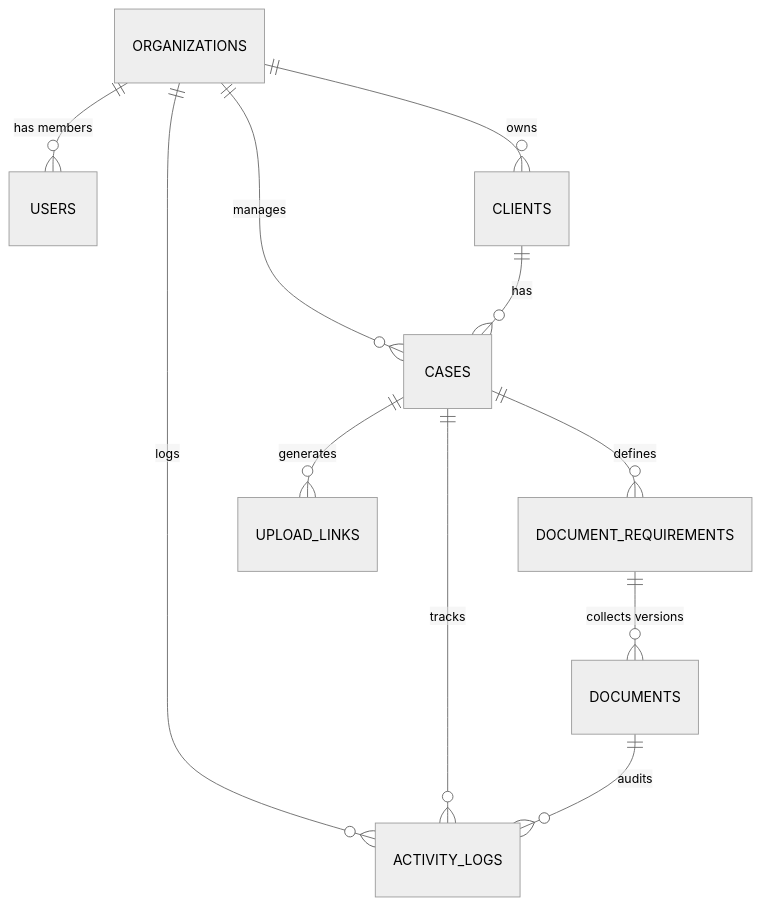
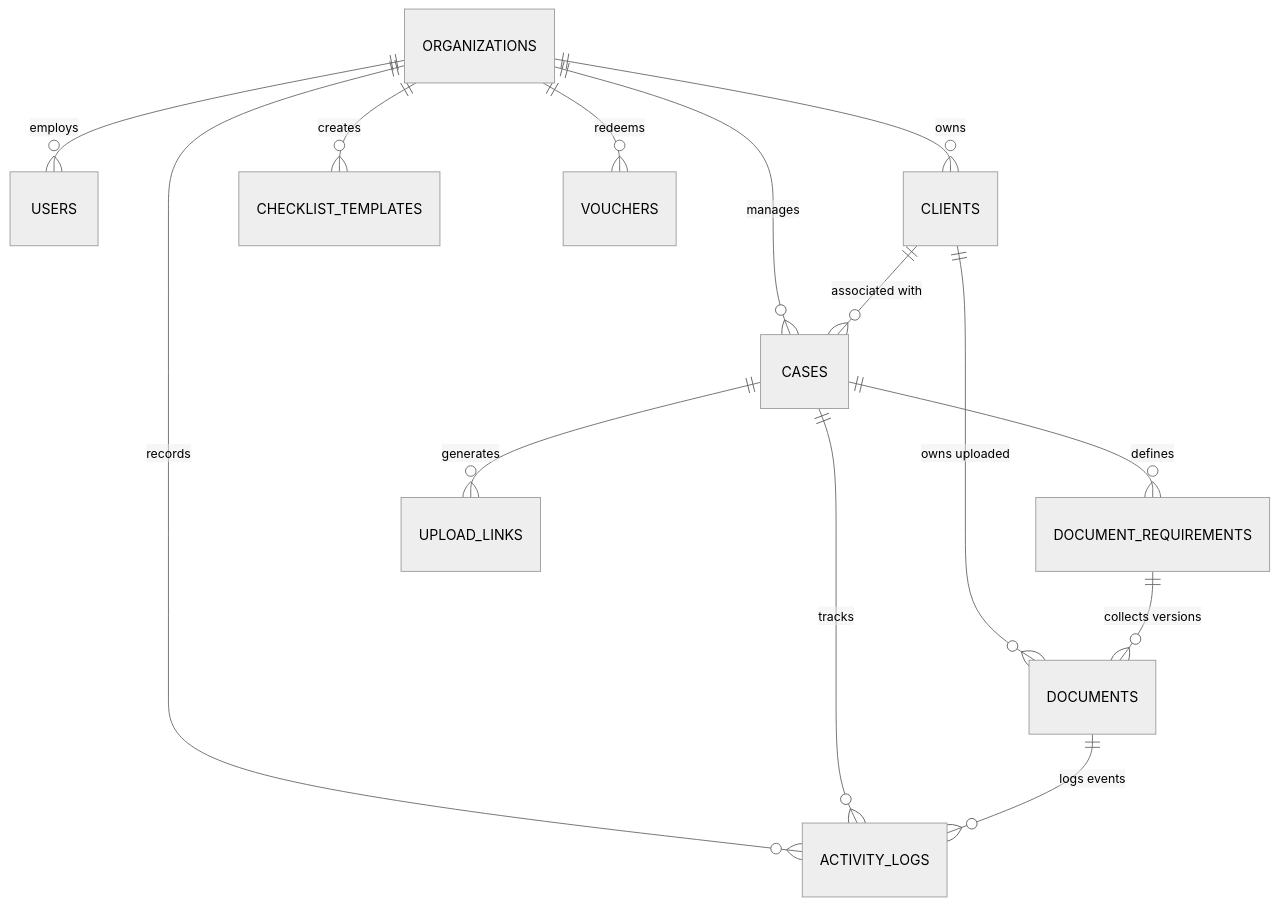
One commit to ysh024/DocuCollect changed the fourth of 5 diagrams in architecture_specification.md. Above: the diagram before and after it, drawn with Mermaid (neutral theme). The commit also changed other lines of this file and 21 other files, not shown here.

````diff
--- a/architecture_specification.md
+++ b/architecture_specification.md
@@ -49,15 +171,19 @@
 ```mermaid
 erDiagram
-    ORGANIZATIONS ||--o{ USERS : "has members"
+    ORGANIZATIONS ||--o{ USERS : "employs"
     ORGANIZATIONS ||--o{ CLIENTS : "owns"
     ORGANIZATIONS ||--o{ CASES : "manages"
-    ORGANIZATIONS ||--o{ ACTIVITY_LOGS : "logs"
+    ORGANIZATIONS ||--o{ CHECKLIST_TEMPLATES : "creates"
+    ORGANIZATIONS ||--o{ ACTIVITY_LOGS : "records"
+    ORGANIZATIONS ||--o{ VOUCHERS : "redeems"
 
-    CLIENTS ||--o{ CASES : "has"
+    CLIENTS ||--o{ CASES : "associated with"
+    CLIENTS ||--o{ DOCUMENTS : "owns uploaded"
+
     CASES ||--o{ DOCUMENT_REQUIREMENTS : "defines"
     CASES ||--o{ UPLOAD_LINKS : "generates"
     CASES ||--o{ ACTIVITY_LOGS : "tracks"
 
     DOCUMENT_REQUIREMENTS ||--o{ DOCUMENTS : "collects versions"
-    DOCUMENTS ||--o{ ACTIVITY_LOGS : "audits"
+    DOCUMENTS ||--o{ ACTIVITY_LOGS : "logs events"
 ```
````
